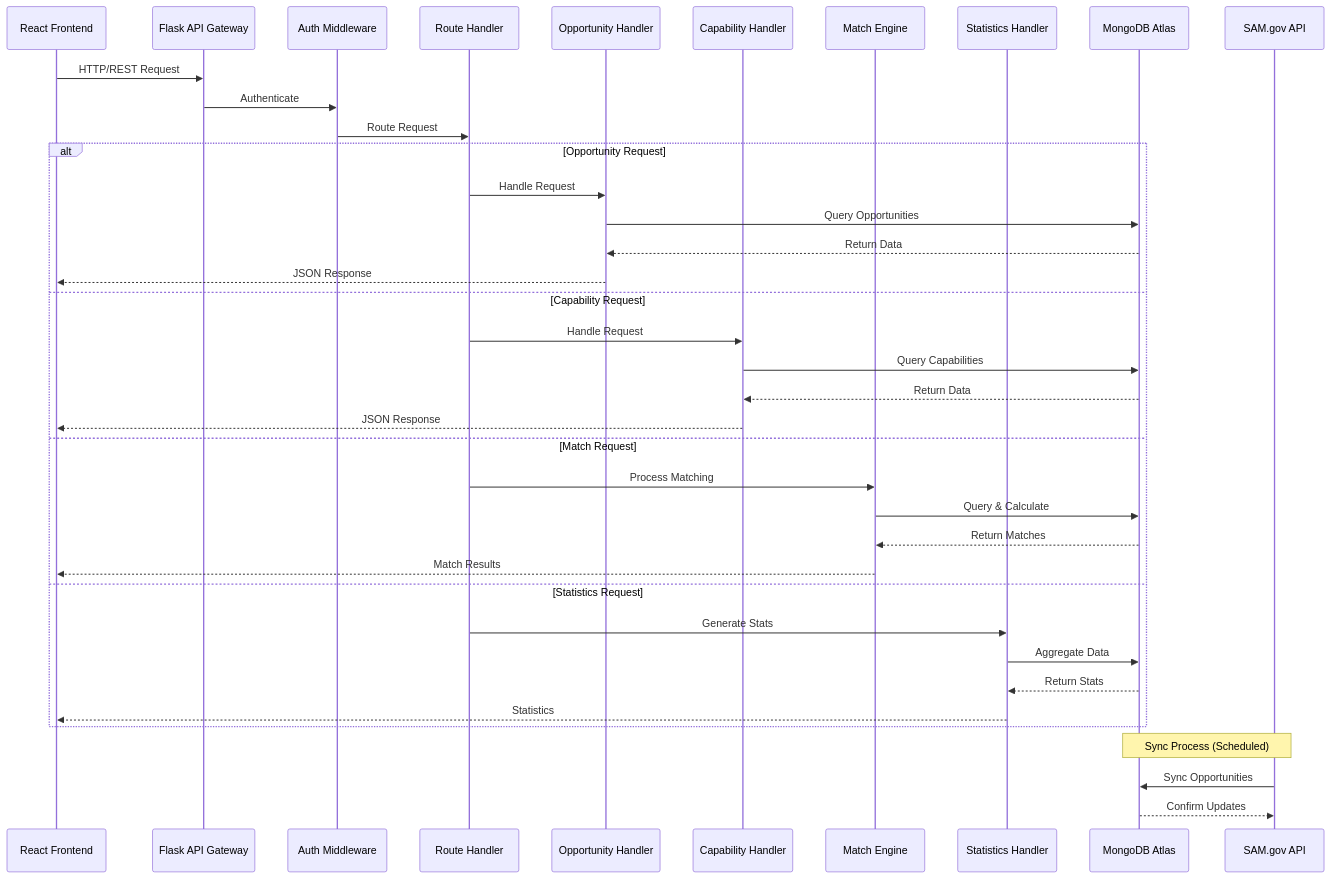
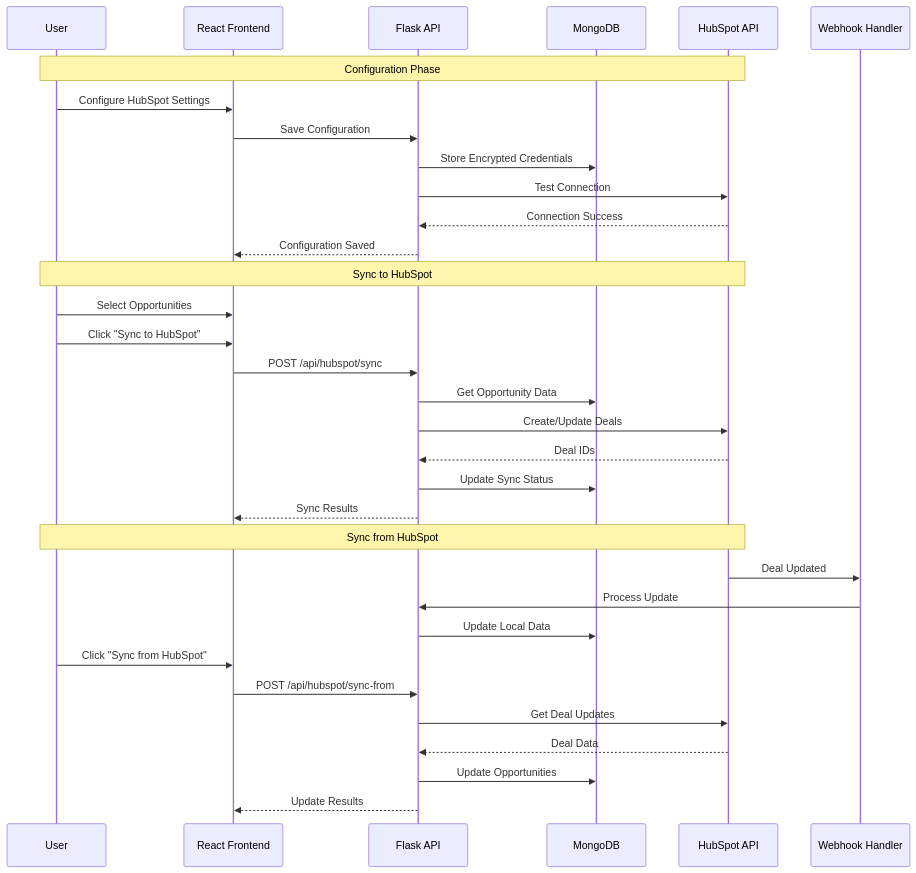
Before and after one commit to dasaep/sam-search: the second of 2 diagrams in README.md, drawn with Mermaid. The commit also changed other lines of this file, not shown here.

Commit message:
Checking in HubSpot Integration Readme Update

````diff
--- a/README.md
+++ b/README.md
@@ -78,43 +109,39 @@
 ```mermaid
 sequenceDiagram
+    participant User
     participant UI as React Frontend
-    participant API as Flask API Gateway
-    participant Auth as Auth Middleware
-    participant Route as Route Handler
-    participant OppH as Opportunity Handler
-    participant CapH as Capability Handler
-    participant MatchE as Match Engine
-    participant StatH as Statistics Handler
-    participant MongoDB as MongoDB Atlas
-    participant SAM as SAM.gov API
+    participant API as Flask API
+    participant MongoDB
+    participant HubSpot as HubSpot API
+    participant Webhook as Webhook Handler
 
-    UI->>API: HTTP/REST Request
-    API->>Auth: Authenticate
-    Auth->>Route: Route Request
+    Note over User,HubSpot: Configuration Phase
+    User->>UI: Configure HubSpot Settings
+    UI->>API: Save Configuration
+    API->>MongoDB: Store Encrypted Credentials
+    API->>HubSpot: Test Connection
+    HubSpot-->>API: Connection Success
+    API-->>UI: Configuration Saved
+
+    Note over User,HubSpot: Sync to HubSpot
+    User->>UI: Select Opportunities
+    User->>UI: Click "Sync to HubSpot"
+    UI->>API: POST /api/hubspot/sync
+    API->>MongoDB: Get Opportunity Data
+    API->>HubSpot: Create/Update Deals
+    HubSpot-->>API: Deal IDs
+    API->>MongoDB: Update Sync Status
+    API-->>UI: Sync Results
+
+    Note over User,HubSpot: Sync from HubSpot
+    HubSpot->>Webhook: Deal Updated
+    Webhook->>API: Process Update
+    API->>MongoDB: Update Local Data
     
-    alt Opportunity Request
-        Route->>OppH: Handle Request
-        OppH->>MongoDB: Query Opportunities
-        MongoDB-->>OppH: Return Data
-        OppH-->>UI: JSON Response
-    else Capability Request
-        Route->>CapH: Handle Request
-        CapH->>MongoDB: Query Capabilities
-        MongoDB-->>CapH: Return Data
-        CapH-->>UI: JSON Response
-    else Match Request
-        Route->>MatchE: Process Matching
-        MatchE->>MongoDB: Query & Calculate
-        MongoDB-->>MatchE: Return Matches
-        MatchE-->>UI: Match Results
-    else Statistics Request
-        Route->>StatH: Generate Stats
-        StatH->>MongoDB: Aggregate Data
-        MongoDB-->>StatH: Return Stats
-        StatH-->>UI: Statistics
-    end
-    
-    Note over SAM,MongoDB: Sync Process (Scheduled)
-    SAM->>MongoDB: Sync Opportunities
-    MongoDB-->>SAM: Confirm Updates
+    User->>UI: Click "Sync from HubSpot"
+    UI->>API: POST /api/hubspot/sync-from
+    API->>HubSpot: Get Deal Updates
+    HubSpot-->>API: Deal Data
+    API->>MongoDB: Update Opportunities
+    API-->>UI: Update Results
 ```
````
